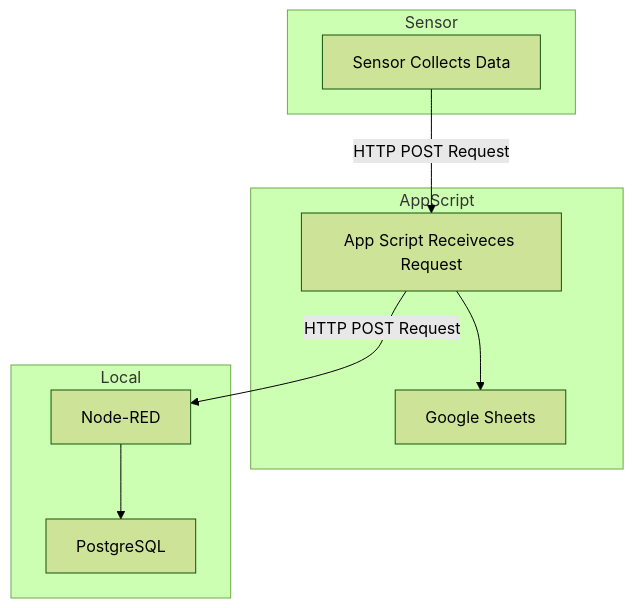
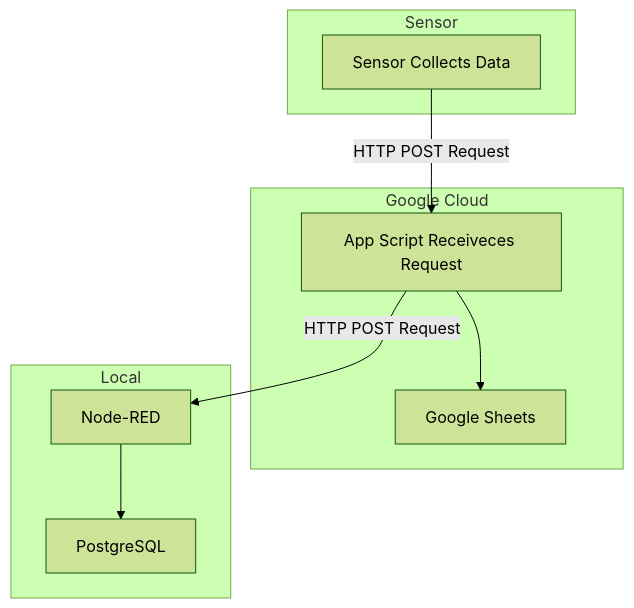
Before and after one commit to jonss0777/DIY_Sensor: the second of 2 diagrams in README.md, drawn with Mermaid (forest theme).

````diff
--- a/README.md
+++ b/README.md
@@ -31,18 +31,18 @@
 ```mermaid
   flowchart TD
     subgraph Sensor
         A1[Sensor Collects Data]
     end
 
-    subgraph AppScript
+    subgraph Google Cloud
         B1[App Script Receiveces Request] --> B2[Google Sheets]
     end
 
     subgraph Local
         C1[Node-RED] --> C2[PostgreSQL]
     end
 
     A1 --> |HTTP POST Request|B1
     B1 --> |HTTP POST Request|C1
 
 ```
````
